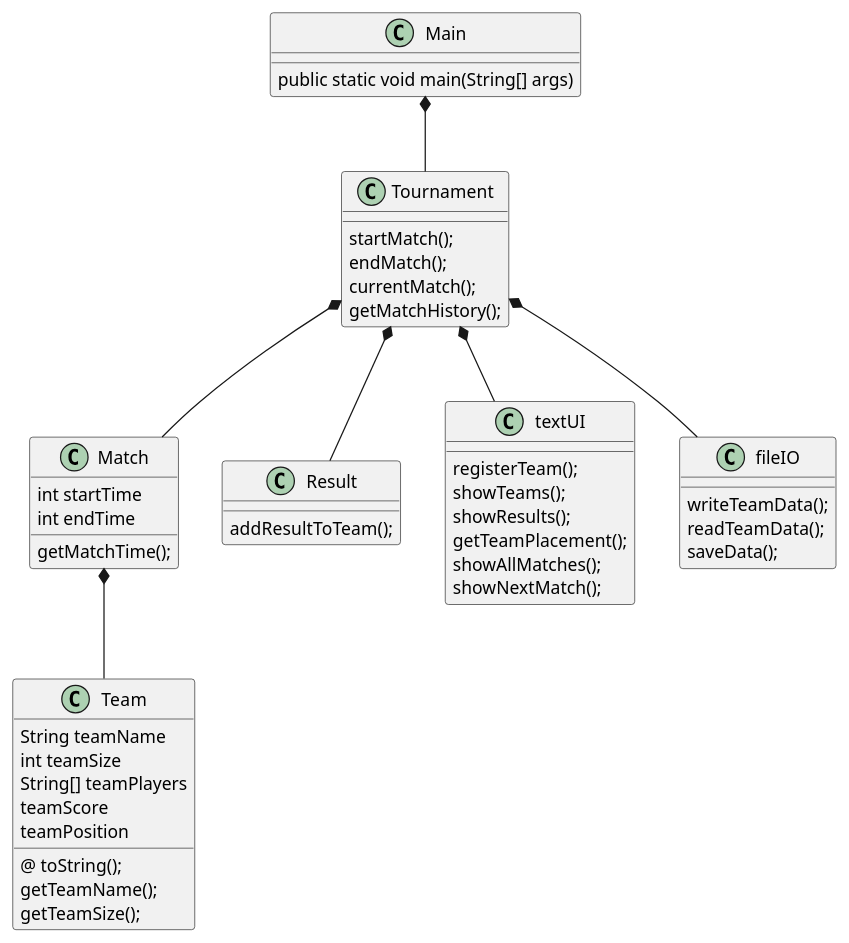
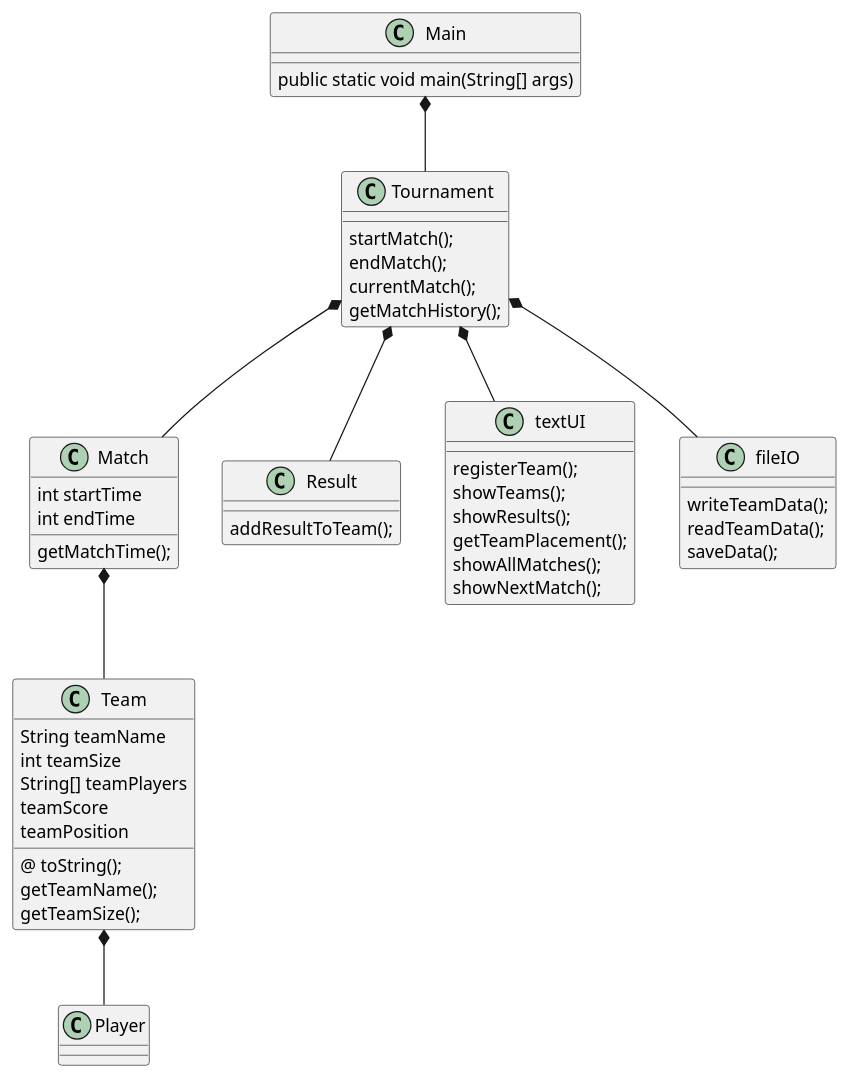
One commit to HelenaLykstoft/SP3_bordfodboldturnering changed the diagram in src/com/company/documintation/ClassDiagram.puml. Above: the diagram before and after it, drawn with PlantUML. The commit also changed 6 other files, not shown here.

```diff
--- a/src/com/company/documintation/ClassDiagram.puml
+++ b/src/com/company/documintation/ClassDiagram.puml
@@ -1,50 +1,51 @@
 @startuml
 'https://plantuml.com/class-diagram
 class Tournament
 class Match
 class Result
 class textUI
 class fileIO
 class Team
 
 
 Main *-- Tournament
 Tournament *-- Match
 Match *-- Team
 Tournament *-- Result
 Tournament *-- textUI
 Tournament *-- fileIO
+Team *-- Player
 
 Main : public static void main(String[] args)
 
 Tournament : startMatch();
 Tournament : endMatch();
 Tournament : currentMatch();
 Tournament : getMatchHistory();
 
 Match : int startTime
 Match : int endTime
 Match : getMatchTime();
 
 Result : addResultToTeam();
 
 textUI : registerTeam();
 textUI : showTeams();
 textUI : showResults();
 textUI : getTeamPlacement();
 textUI : showAllMatches();
 textUI : showNextMatch();
 
 fileIO : writeTeamData();
 fileIO : readTeamData();
 fileIO : saveData();
 
 Team : String teamName
 Team : int teamSize
 Team : String[] teamPlayers
 Team : teamScore
 Team : teamPosition
 Team : @ toString();
 Team : getTeamName();
 Team : getTeamSize();
 @enduml
```
